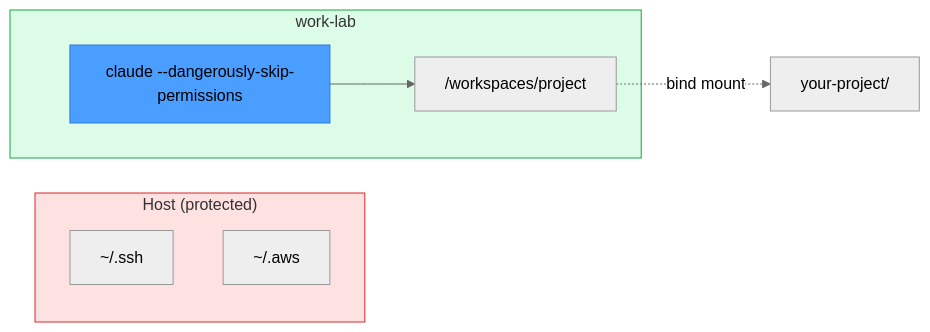
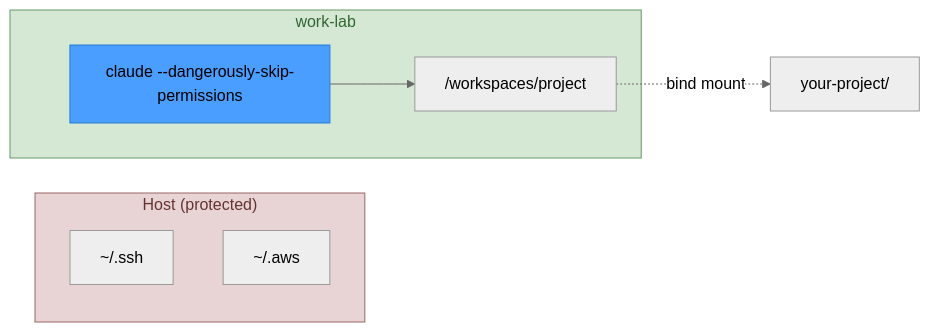
Before and after one commit to modern-tooling/work-lab: the third of 3 diagrams in README.md, drawn with Mermaid (neutral theme). The commit also changed other lines of this file, not shown here.

Commit message:
clarified docs

````diff
--- a/README.md
+++ b/README.md
@@ -254,17 +256,17 @@
 ```mermaid
 flowchart LR
     subgraph Host["Host (protected)"]
         SSH["~/.ssh"]
         AWS["~/.aws"]
     end
     subgraph Container["work-lab"]
         Agent["claude --dangerously-skip-permissions"]
         Project["/workspaces/project"]
     end
     HostProject["your-project/"]
     Agent --> Project
     Project -.->|bind mount| HostProject
-    style Host fill:#fee2e2,stroke:#dc2626
-    style Container fill:#dcfce7,stroke:#16a34a
+    style Host fill:#e8d4d4,stroke:#996666,color:#663333
+    style Container fill:#d4e8d4,stroke:#669966,color:#336633
     style Agent fill:#4a9eff,stroke:#2d7ad9
 ```
````
